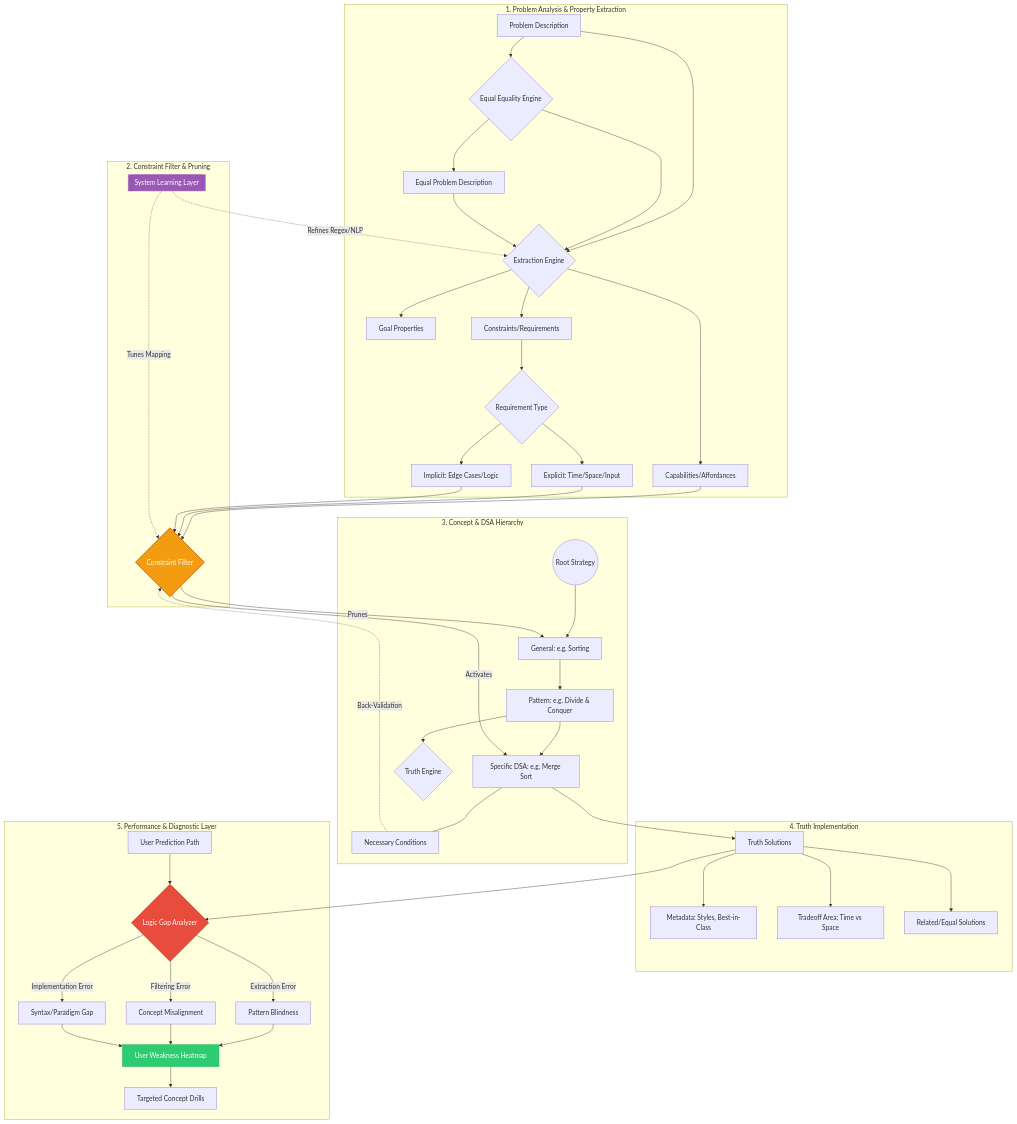
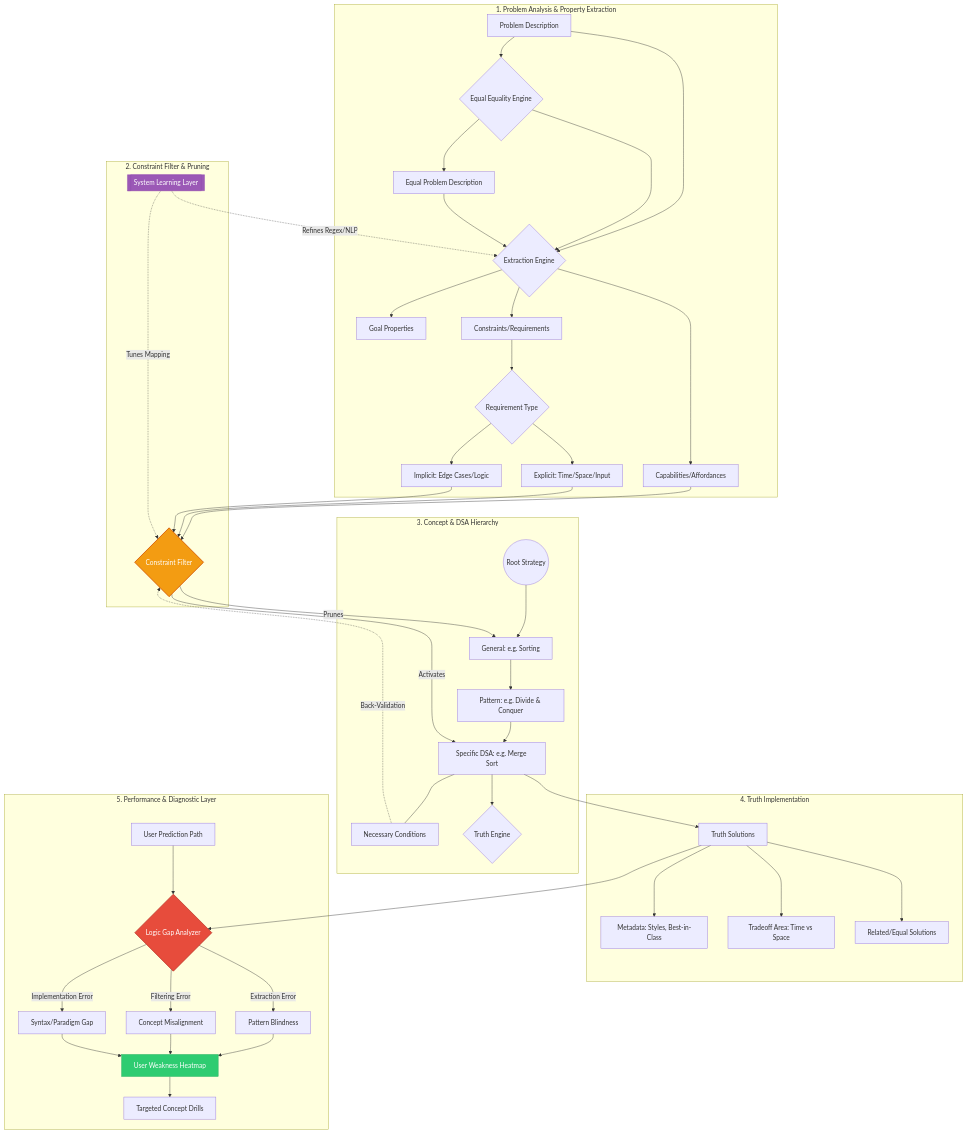
Before and after one commit to tbrumbaugh5396/another_code_trainer: the diagram in README.md, drawn with Mermaid. The commit also changed 1 other file, not shown here.

````diff
--- a/README.md
+++ b/README.md
@@ -1,73 +1,73 @@
 ```mermaid
 graph TD
     %% --- LAYER 1: DATA INGESTION & FEATURE EXTRACTION ---
     subgraph Ingestion_Layer [1. Problem Analysis & Property Extraction]
         P_Raw[Problem Description]         --> P_Analytic{Extraction Engine}
         P_Raw                              --> Equality_Engine{Equal Equality Engine}
         
         Equality_Engine                    --> P_Raw_Equal[Equal Problem Description]
         
 
         P_Analytic                         --> P_Goal[Goal Properties]
         P_Analytic                         --> P_Cap[Capabilities/Affordances]
         P_Analytic                         --> P_Con[Constraints/Requirements]
         
         P_Con                              --> Req_Type{Requirement Type}
         Req_Type                           --> Req_Exp[Explicit: Time/Space/Input]
         Req_Type                           --> Req_Imp[Implicit: Edge Cases/Logic]
 
         Equality_Engine                    --> P_Analytic
         P_Raw_Equal                        --> P_Analytic
     end
 
     %% --- LAYER 2: THE INTERMEDIATE LOGIC GATE ---
     subgraph Logic_Gate [2. Constraint Filter & Pruning]
         P_Cap & Req_Exp & Req_Imp          --> CF_Gate{Constraint Filter}
         
         %% Component Learning (System)
         Sys_Learn[[System Learning Layer]] -.->|Refines Regex/NLP| P_Analytic
         Sys_Learn                          -.->|Tunes Mapping| CF_Gate
     end
 
     %% --- LAYER 3: CONCEPTUAL TAXONOMY (The Tree) ---
     subgraph Concept_Hierarchy [3. Concept & DSA Hierarchy]
         C_Root((Root Strategy))            --> C_General[General: e.g. Sorting]
         C_General                          --> C_Pattern[Pattern: e.g. Divide & Conquer]
         C_Pattern                          --> C_DSA[Specific DSA: e.g. Merge Sort]
         
         CF_Gate                            -->|Prunes| C_General
         CF_Gate                            -->|Activates| C_DSA
         
         C_DSA                              --- C_Nec[Necessary Conditions]
         C_Nec                              -.->|Back-Validation| CF_Gate
 
-        C_Pattern                          --> Truth_Engine{Truth Engine}
+        C_DSA                              --> Truth_Engine{Truth Engine}
     end
 
     %% --- LAYER 4: SOLUTION OUTCOMES ---
     subgraph Solution_Outcomes [4. Truth Implementation]
         C_DSA                              --> T_Sol[Truth Solutions]
         T_Sol                              --> S_Meta[Metadata: Styles, Best-in-Class]
         T_Sol                              --> S_Trade[Tradeoff Area: Time vs Space]
         T_Sol                              --> S_Rel[Related/Equal Solutions]
     end
 
     %% --- LAYER 5: THE USER LEARNING LAYER (The Performance Tracker) ---
     subgraph User_Learning [5. Performance & Diagnostic Layer]
         User_Input[User Prediction Path]   --> Compare{Logic Gap Analyzer}
         T_Sol                              --> Compare
         
         Compare                            -->|Extraction Error| D_Pattern[Pattern Blindness]
         Compare                            -->|Filtering Error| D_Logic[Concept Misalignment]
         Compare                            -->|Implementation Error| D_Skill[Syntax/Paradigm Gap]
         
         D_Pattern & D_Logic & D_Skill      --> Heatmap[User Weakness Heatmap]
         Heatmap                            --> Recommendation[Targeted Concept Drills]
     end
 
     %% Styling
     style CF_Gate fill:#f39c12,stroke:#d35400,stroke-width:2px,color:#fff
     style Sys_Learn fill:#9b59b6,stroke:#8e44ad,color:#fff
     style Compare fill:#e74c3c,stroke:#c0392b,stroke-width:2px,color:#fff
     style Heatmap fill:#2ecc71,stroke:#27ae60,color:#fff
 ```
````
